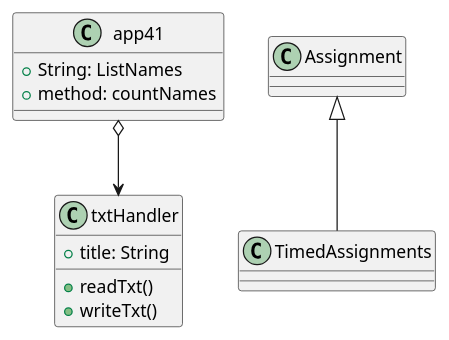
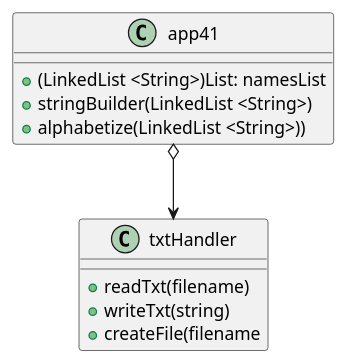
The diagram in src/main/java/solution41/solution41.puml (AndresCKF/Rosales-COP3330-Assignment3), drawn with PlantUML before and after one commit. The commit also changed 2 other files, not shown here.

```diff
--- a/src/main/java/solution41/solution41.puml
+++ b/src/main/java/solution41/solution41.puml
@@ -1,21 +1,22 @@
 @startuml
 
 'https://plantuml.com/class-diagram
 
 class app41 {
-    + String: ListNames
-    + method: countNames
+    + (LinkedList <String>)List: namesList
+    + stringBuilder(LinkedList <String>)
+    + alphabetize(LinkedList <String>))
 }
 
 class txtHandler {
-    + title: String
-    + readTxt()
-    + writeTxt()
+    + readTxt(filename)
+    + writeTxt(string)
+    + createFile(filename
 }
 
 
 app41 o--> txtHandler
-Assignment <|-- TimedAssignments
+
 
 
 @enduml
```
